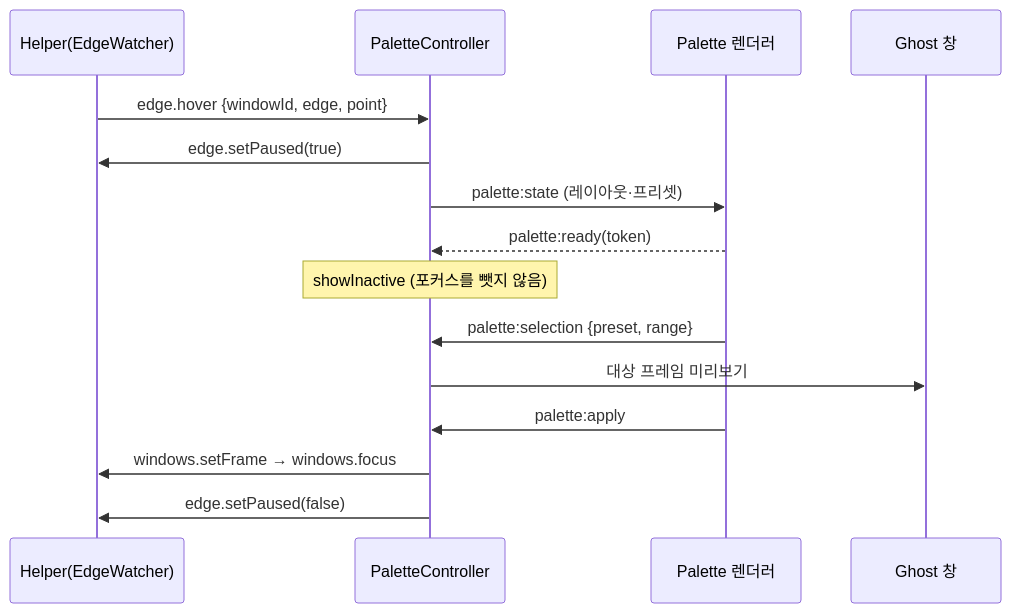
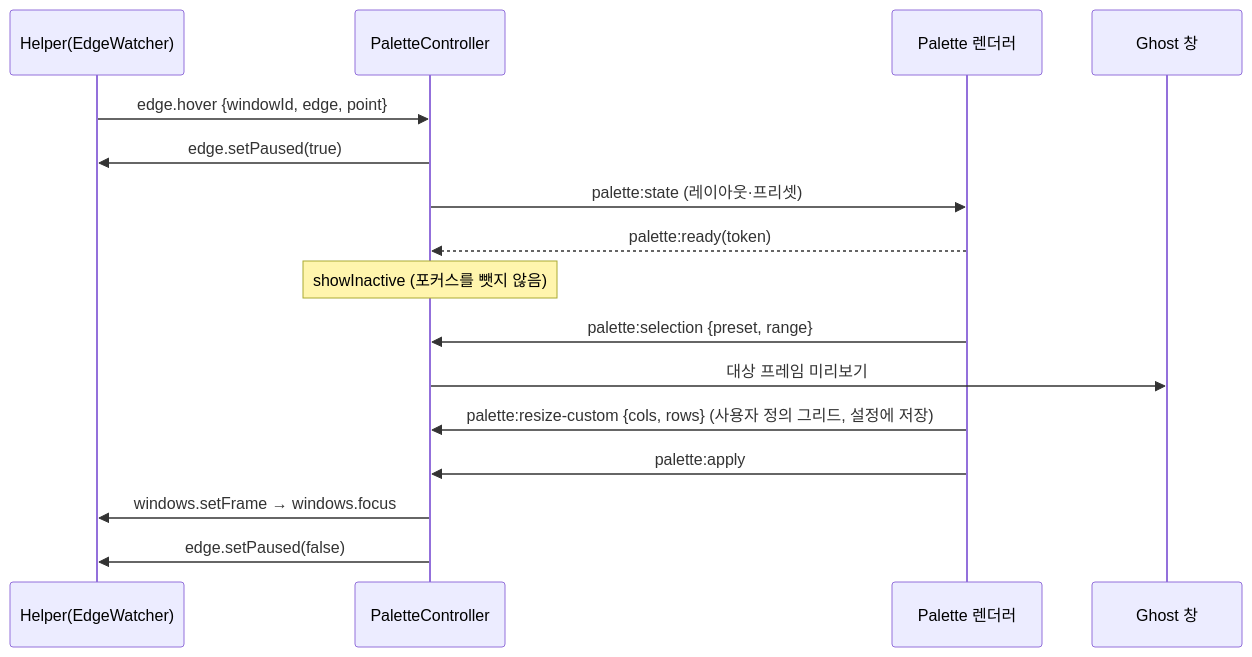
One commit to magzogs/magWin changed the second of 3 diagrams in docs/docs/architecture/overview.md. Above: the diagram before and after it, drawn with Mermaid. The commit also changed 26 other files, not shown here.

First line of the commit message:
Palette: apply button in header, user-defined custom grid

````diff
--- a/docs/docs/architecture/overview.md
+++ b/docs/docs/architecture/overview.md
@@ -46,17 +46,18 @@
 ```mermaid
 sequenceDiagram
   participant H as Helper(EdgeWatcher)
   participant M as PaletteController
   participant P as Palette 렌더러
   participant G as Ghost 창
   H->>M: edge.hover {windowId, edge, point}
   M->>H: edge.setPaused(true)
   M->>P: palette:state (레이아웃·프리셋)
   P-->>M: palette:ready(token)
   Note over M: showInactive (포커스를 뺏지 않음)
   P->>M: palette:selection {preset, range}
   M->>G: 대상 프레임 미리보기
+  P->>M: palette:resize-custom {cols, rows} (사용자 정의 그리드, 설정에 저장)
   P->>M: palette:apply
   M->>H: windows.setFrame → windows.focus
   M->>H: edge.setPaused(false)
 ```
````
